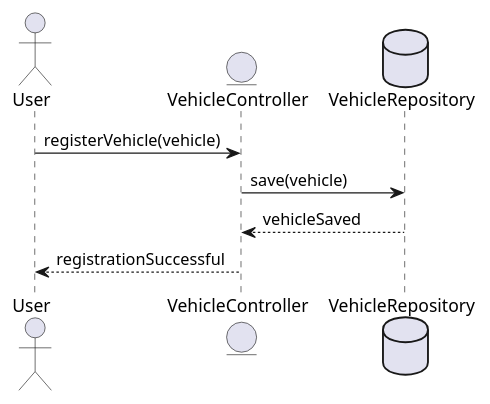
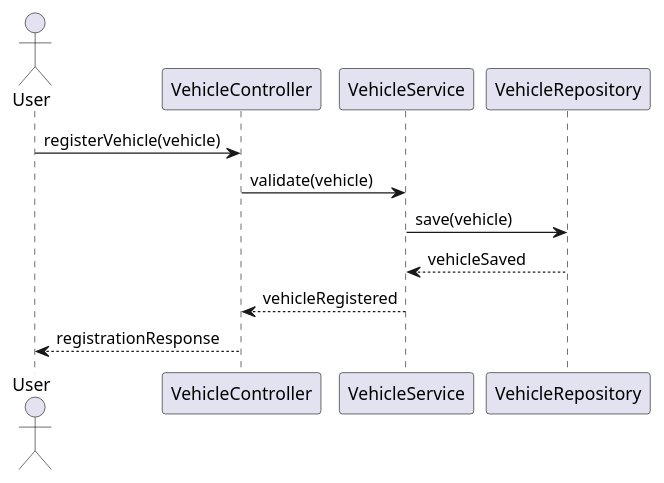
Before and after one commit to Dinesh-s95/AutoDoc.ai: the first of 4 diagrams in vehiclemanagement/documentation/detaileddesign.adoc, drawn with PlantUML. The commit also changed other lines of this file and 15 other files, not shown here.

```diff
--- a/vehiclemanagement/documentation/detaileddesign.adoc
+++ b/vehiclemanagement/documentation/detaileddesign.adoc
@@ -73,13 +75,16 @@
-[plantuml, user-registration-flow, png]
+[plantuml, user-registration-sequence, png]
 ----
 @startuml
 actor User
-entity VehicleController
-database VehicleRepository
+participant VehicleController
+participant VehicleService
+participant VehicleRepository
 
 User -> VehicleController : registerVehicle(vehicle)
-VehicleController -> VehicleRepository : save(vehicle)
-VehicleRepository --> VehicleController : vehicleSaved
-VehicleController --> User : registrationSuccessful
+VehicleController -> VehicleService : validate(vehicle)
+VehicleService -> VehicleRepository : save(vehicle)
+VehicleRepository --> VehicleService : vehicleSaved
+VehicleService --> VehicleController : vehicleRegistered
+VehicleController --> User : registrationResponse
 @enduml
 ----
```
